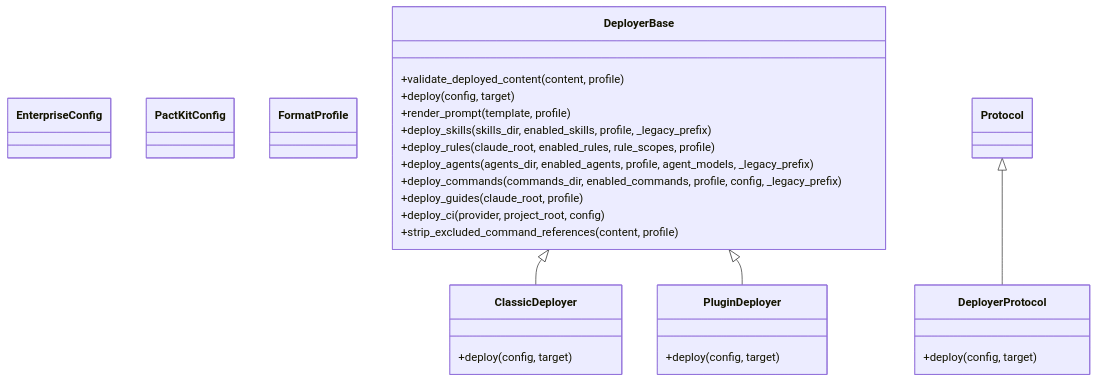
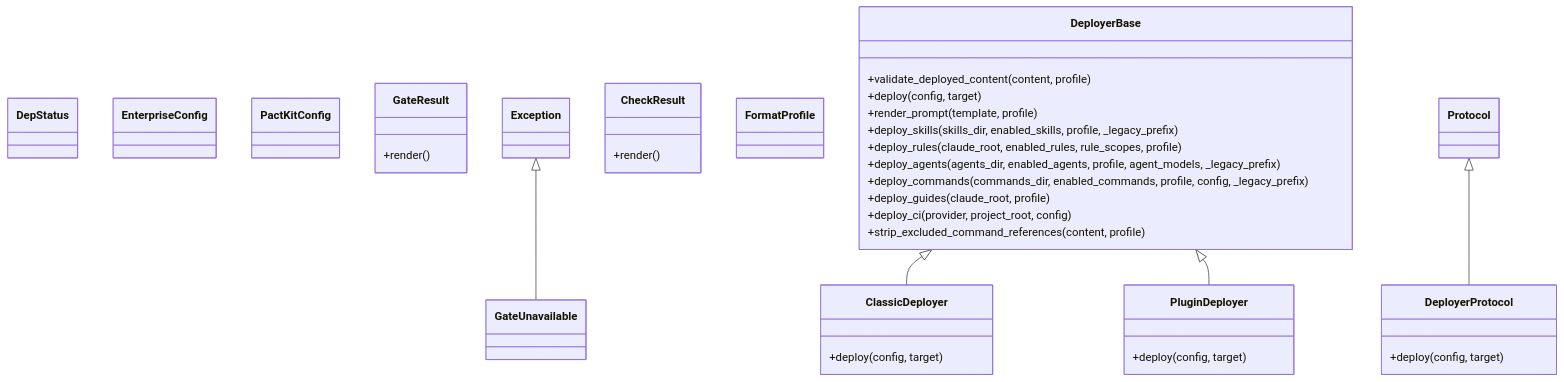
One commit to pactkit/pactkit-src changed the diagram in docs/architecture/graphs/class_graph.mmd. Above: the diagram before and after it, drawn with Mermaid. The commit also changed 57 other files, not shown here.

```diff
--- a/docs/architecture/graphs/class_graph.mmd
+++ b/docs/architecture/graphs/class_graph.mmd
@@ -1,31 +1,42 @@
 classDiagram
+    class DepStatus {
+    }
     class EnterpriseConfig {
     }
     class PactKitConfig {
+    }
+    class GateResult {
+        +render()
+    }
+    class GateUnavailable {
+    }
+    Exception <|-- GateUnavailable
+    class CheckResult {
+        +render()
     }
     class FormatProfile {
     }
     class ClassicDeployer {
         +deploy(config, target)
     }
     DeployerBase <|-- ClassicDeployer
     class PluginDeployer {
         +deploy(config, target)
     }
     DeployerBase <|-- PluginDeployer
     class DeployerProtocol {
         +deploy(config, target)
     }
     Protocol <|-- DeployerProtocol
     class DeployerBase {
         +validate_deployed_content(content, profile)
         +deploy(config, target)
         +render_prompt(template, profile)
         +deploy_skills(skills_dir, enabled_skills, profile, _legacy_prefix)
         +deploy_rules(claude_root, enabled_rules, rule_scopes, profile)
         +deploy_agents(agents_dir, enabled_agents, profile, agent_models, _legacy_prefix)
         +deploy_commands(commands_dir, enabled_commands, profile, config, _legacy_prefix)
         +deploy_guides(claude_root, profile)
         +deploy_ci(provider, project_root, config)
         +strip_excluded_command_references(content, profile)
     }
```
